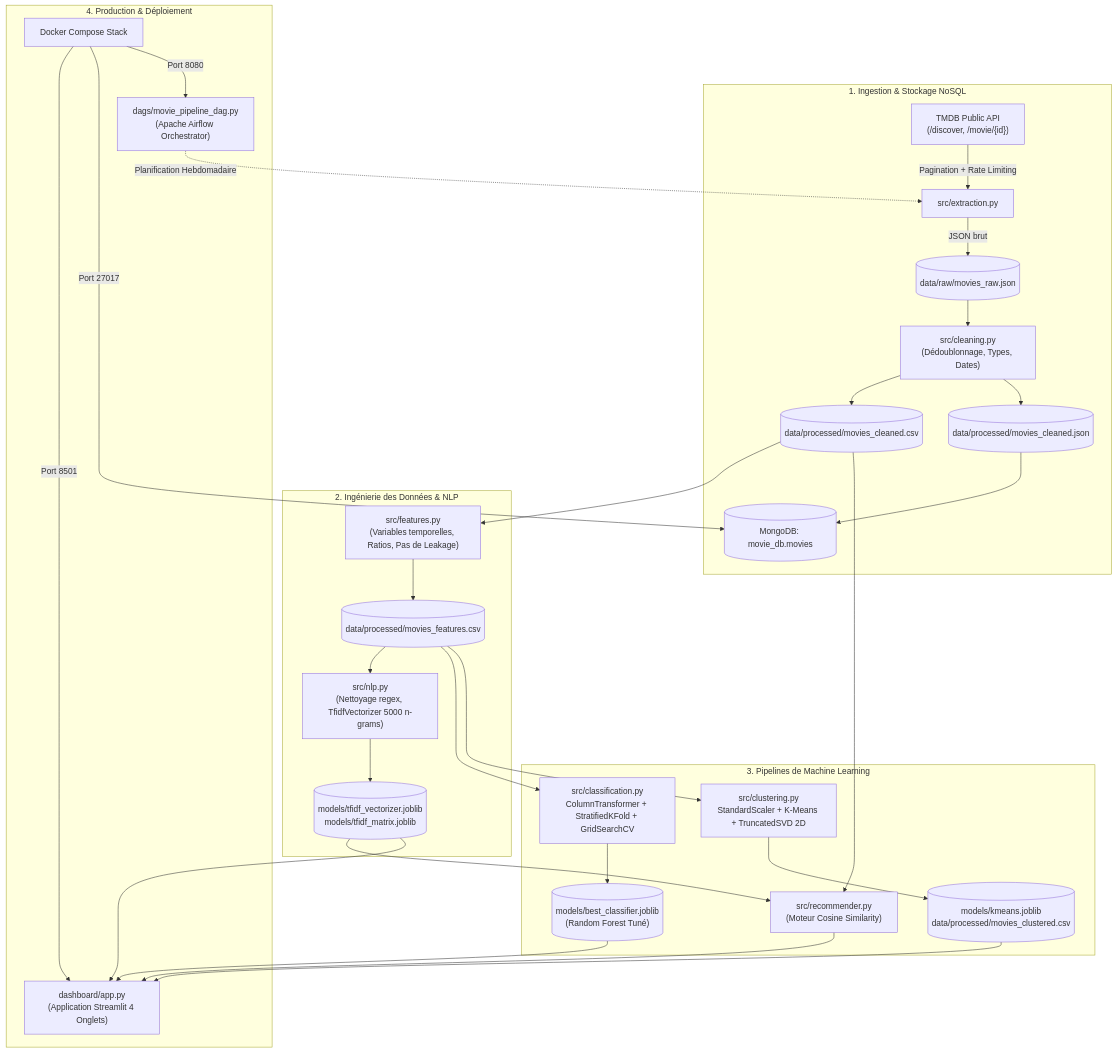
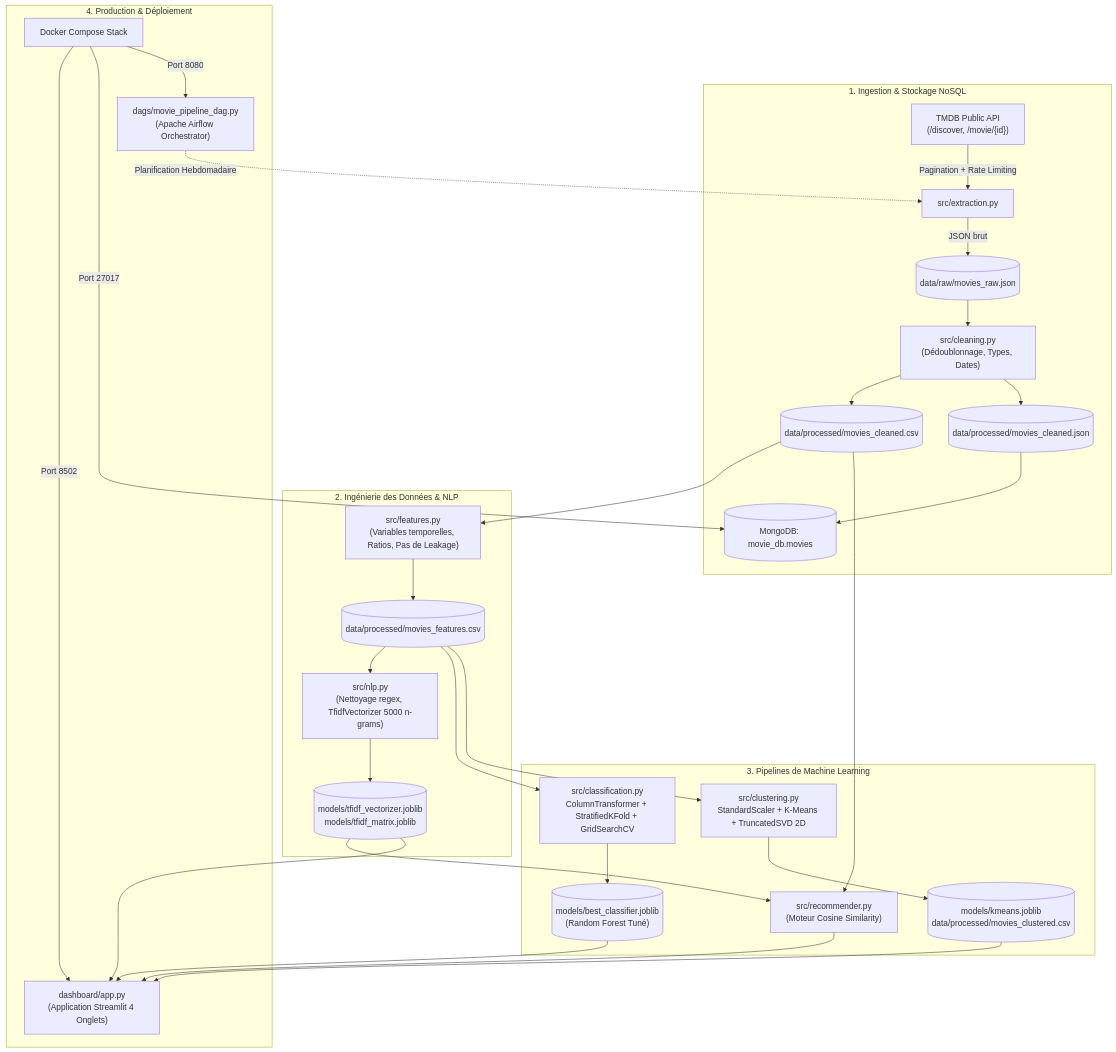
Before and after one commit to imadprogram/movie-intelligence: the first of 2 diagrams in README.md, drawn with Mermaid. The commit also changed other lines of this file and 1 other file, not shown here.

Commit message:
fix: update external Streamlit port to 8502 to prevent host port conflict

````diff
--- a/README.md
+++ b/README.md
@@ -50,38 +50,38 @@
 ```mermaid
 flowchart TD
     subgraph Data_Ingestion ["1. Ingestion & Stockage NoSQL"]
         TMDB["TMDB Public API\n(/discover, /movie/{id})"] -->|Pagination + Rate Limiting| Extract["src/extraction.py"]
         Extract -->|JSON brut| RawData[("data/raw/movies_raw.json")]
         RawData --> Clean["src/cleaning.py\n(Dédoublonnage, Types, Dates)"]
         Clean --> CleanCSV[("data/processed/movies_cleaned.csv")]
         Clean --> CleanJSON[("data/processed/movies_cleaned.json")]
         CleanJSON --> Mongo[("MongoDB: movie_db.movies")]
     end
 
     subgraph Feature_NLP ["2. Ingénierie des Données & NLP"]
         CleanCSV --> FE["src/features.py\n(Variables temporelles, Ratios, Pas de Leakage)"]
         FE --> FeatCSV[("data/processed/movies_features.csv")]
         FeatCSV --> NLP["src/nlp.py\n(Nettoyage regex, TfidfVectorizer 5000 n-grams)"]
         NLP --> ArtifactsTFIDF[("models/tfidf_vectorizer.joblib\nmodels/tfidf_matrix.joblib")]
     end
 
     subgraph ML_Pillars ["3. Pipelines de Machine Learning"]
         FeatCSV --> Classif["src/classification.py\nColumnTransformer + StratifiedKFold + GridSearchCV"]
         Classif --> BestModel[("models/best_classifier.joblib\n(Random Forest Tuné)")]
         
         FeatCSV --> Cluster["src/clustering.py\nStandardScaler + K-Means + TruncatedSVD 2D"]
         Cluster --> SavedCluster[("models/kmeans.joblib\ndata/processed/movies_clustered.csv")]
 
         ArtifactsTFIDF & CleanCSV --> Recom["src/recommender.py\n(Moteur Cosine Similarity)"]
     end
 
     subgraph Serving_Production ["4. Production & Déploiement"]
         BestModel & SavedCluster & ArtifactsTFIDF & Recom --> StreamlitApp["dashboard/app.py\n(Application Streamlit 4 Onglets)"]
         
         Airflow["dags/movie_pipeline_dag.py\n(Apache Airflow Orchestrator)"] -.->|Planification Hebdomadaire| Extract
         
-        Docker["Docker Compose Stack"] -->|Port 8501| StreamlitApp
+        Docker["Docker Compose Stack"] -->|Port 8502| StreamlitApp
         Docker -->|Port 27017| Mongo
         Docker -->|Port 8080| Airflow
     end
 ```
````
